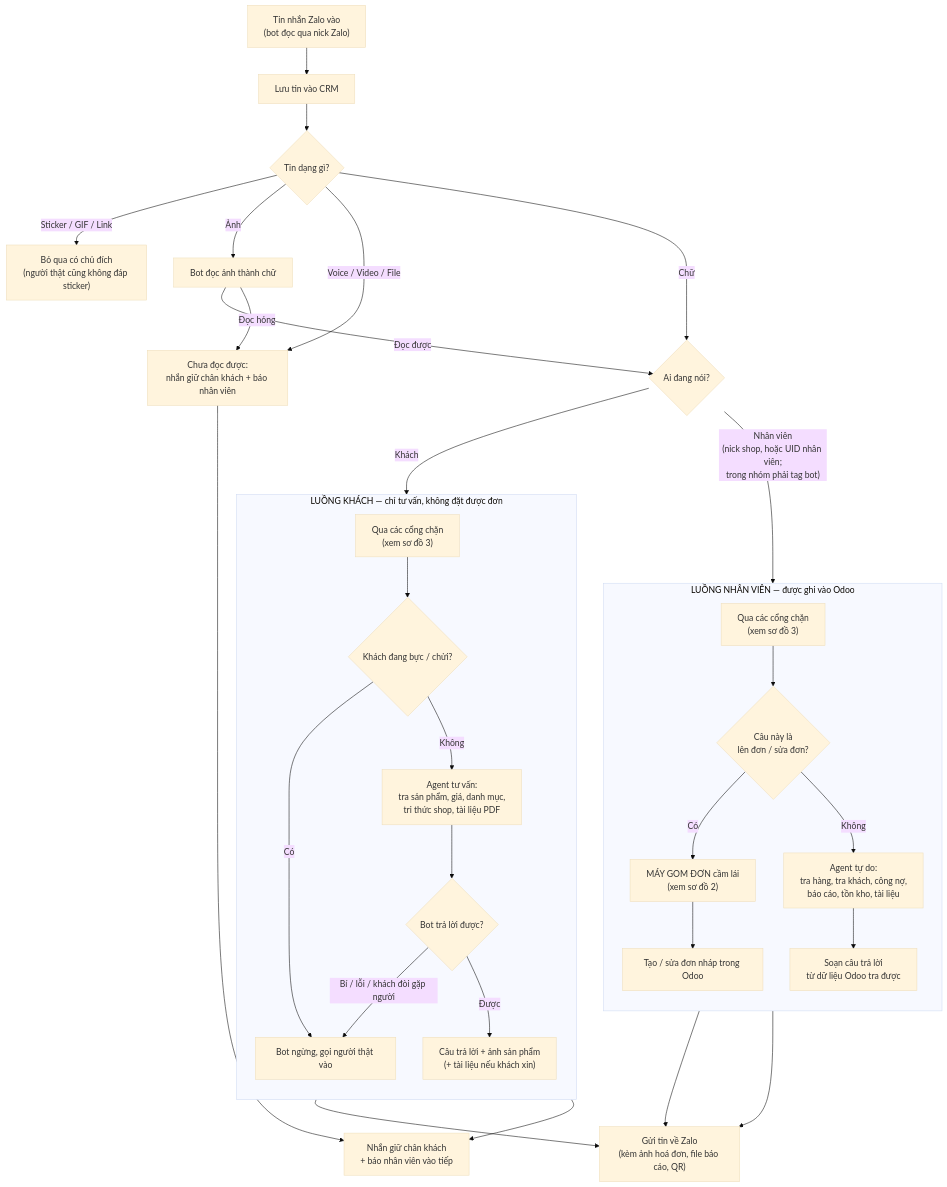
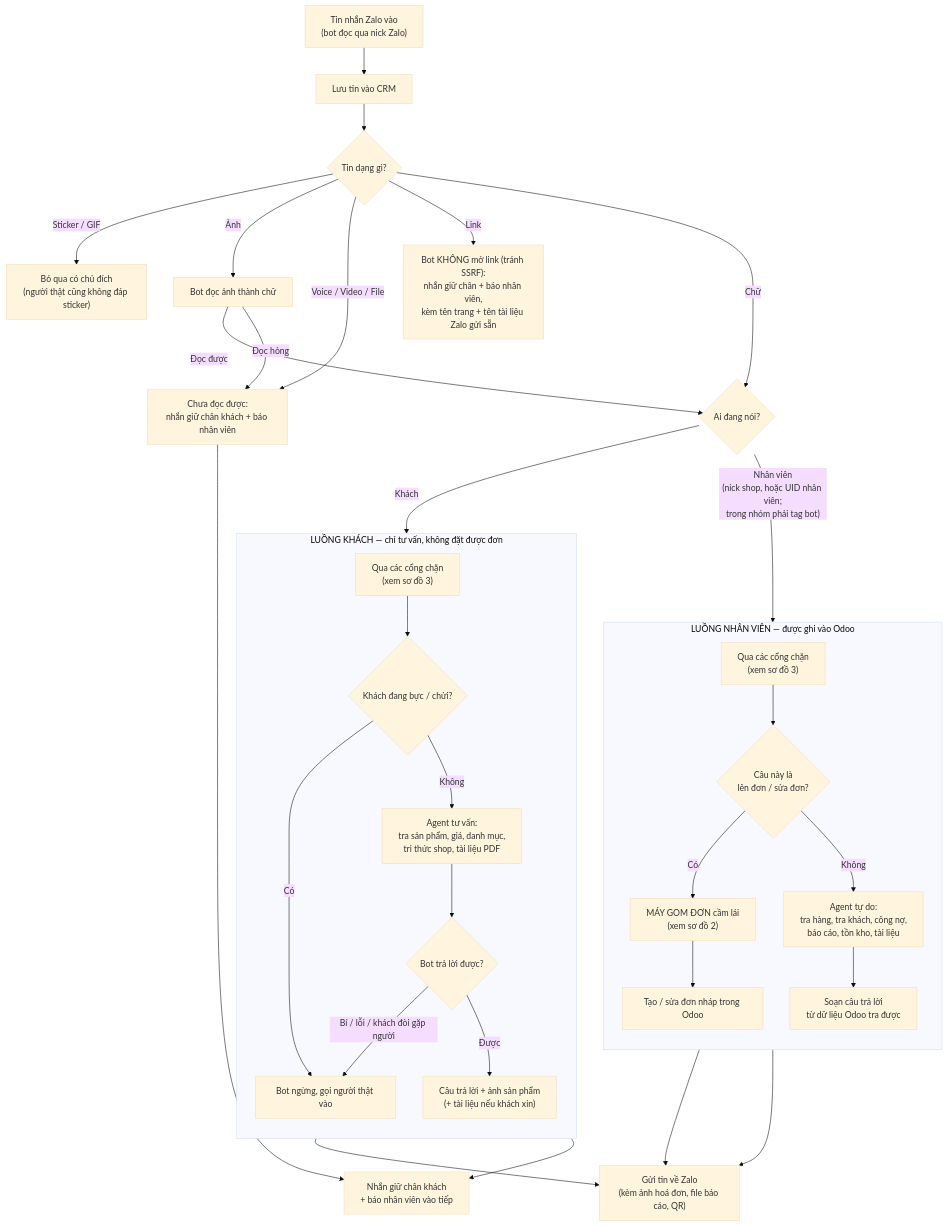
One commit to Quocker22/ZaloCRM changed the first of 3 diagrams in backend/docs/SO-DO-LUONG.md. Above: the diagram before and after it, drawn with Mermaid (base theme). The commit also changed 2 other files, not shown here.

````diff
--- a/backend/docs/SO-DO-LUONG.md
+++ b/backend/docs/SO-DO-LUONG.md
@@ -28,44 +28,45 @@
 ```mermaid
 flowchart TD
     A["Tin nhắn Zalo vào<br/>(bot đọc qua nick Zalo)"] --> B["Lưu tin vào CRM"]
     B --> C{"Tin dạng gì?"}
 
-    C -->|"Sticker / GIF / Link"| D["Bỏ qua có chủ đích<br/>(người thật cũng không đáp sticker)"]
+    C -->|"Sticker / GIF"| D["Bỏ qua có chủ đích<br/>(người thật cũng không đáp sticker)"]
     C -->|"Ảnh"| E["Bot đọc ảnh thành chữ"]
     C -->|"Voice / Video / File"| F["Chưa đọc được:<br/>nhắn giữ chân khách + báo nhân viên"]
+    C -->|"Link"| L["Bot KHÔNG mở link (tránh SSRF):<br/>nhắn giữ chân + báo nhân viên,<br/>kèm tên trang + tên tài liệu Zalo gửi sẵn"]
     C -->|"Chữ"| G
 
     E -->|"Đọc được"| G{"Ai đang nói?"}
     E -->|"Đọc hỏng"| F
 
     G -->|"Nhân viên<br/>(nick shop, hoặc UID nhân viên;<br/>trong nhóm phải tag bot)"| NV1
     G -->|"Khách"| KH1
 
     subgraph NV ["LUỒNG NHÂN VIÊN — được ghi vào Odoo"]
         direction TB
         NV1["Qua các cổng chặn<br/>(xem sơ đồ 3)"] --> NV2{"Câu này là<br/>lên đơn / sửa đơn?"}
         NV2 -->|"Có"| NV3["MÁY GOM ĐƠN cầm lái<br/>(xem sơ đồ 2)"]
         NV2 -->|"Không"| NV4["Agent tự do:<br/>tra hàng, tra khách, công nợ,<br/>báo cáo, tồn kho, tài liệu"]
         NV3 --> NV5["Tạo / sửa đơn nháp trong Odoo"]
         NV4 --> NV6["Soạn câu trả lời<br/>từ dữ liệu Odoo tra được"]
     end
 
     subgraph KH ["LUỒNG KHÁCH — chỉ tư vấn, không đặt được đơn"]
         direction TB
         KH1["Qua các cổng chặn<br/>(xem sơ đồ 3)"] --> KH2{"Khách đang bực / chửi?"}
         KH2 -->|"Có"| KH9["Bot ngừng, gọi người thật vào"]
         KH2 -->|"Không"| KH3["Agent tư vấn:<br/>tra sản phẩm, giá, danh mục,<br/>tri thức shop, tài liệu PDF"]
         KH3 --> KH4{"Bot trả lời được?"}
         KH4 -->|"Được"| KH5["Câu trả lời + ảnh sản phẩm<br/>(+ tài liệu nếu khách xin)"]
         KH4 -->|"Bí / lỗi / khách đòi gặp người"| KH9
     end
 
     NV5 --> Z1
     NV6 --> Z1
     KH5 --> Z1
     KH9 --> Z3
 
     Z1["Gửi tin về Zalo<br/>(kèm ảnh hoá đơn, file báo cáo, QR)"]
     Z3["Nhắn giữ chân khách<br/>+ báo nhân viên vào tiếp"]
     F --> Z3
 ```
````
